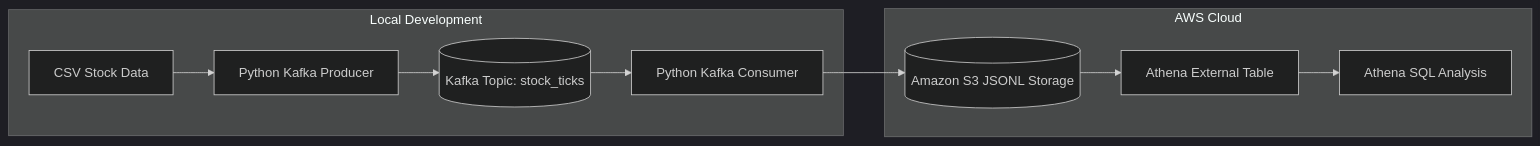
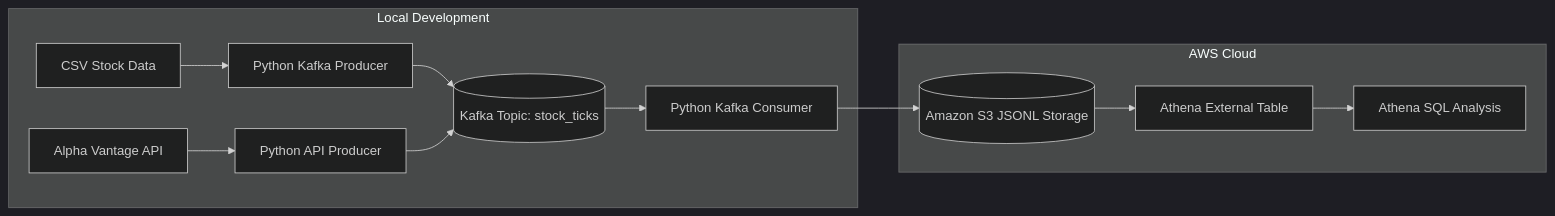
Before and after one commit to DoyoungBok/stock-market-data-pipeline: the diagram in README.md, drawn with Mermaid (dark theme). The commit also changed other lines of this file, not shown here.

Commit message:
Document Alpha Vantage API producer

````diff
--- a/README.md
+++ b/README.md
@@ -10,22 +11,26 @@
 ```mermaid
 flowchart LR
     A[CSV Stock Data] --> B[Python Kafka Producer]
+    A2[Alpha Vantage API] --> B2[Python API Producer]
     B --> C[(Kafka Topic: stock_ticks)]
+    B2 --> C
     C --> D[Python Kafka Consumer]
     D --> E[(Amazon S3 JSONL Storage)]
     E --> F[Athena External Table]
     F --> G[Athena SQL Analysis]
 
     subgraph Local["Local Development"]
         A
+        A2
         B
+        B2
         C
         D
     end
 
     subgraph AWS["AWS Cloud"]
         E
         F
         G
     end
 ```
````
